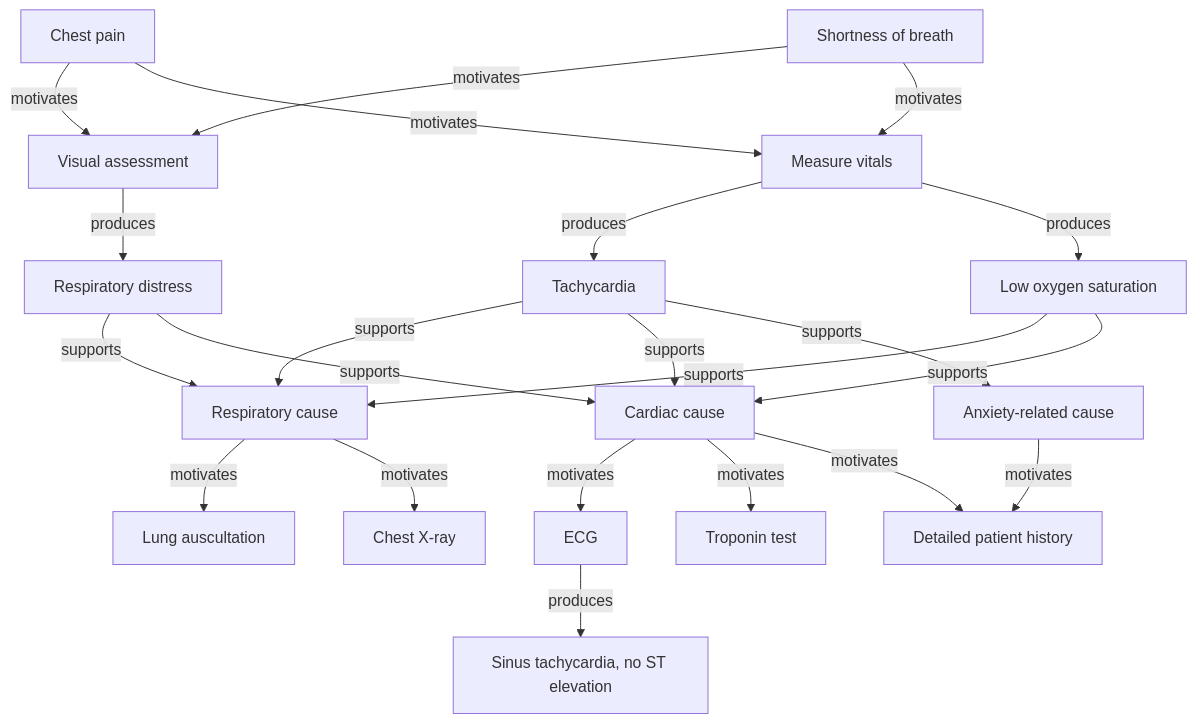
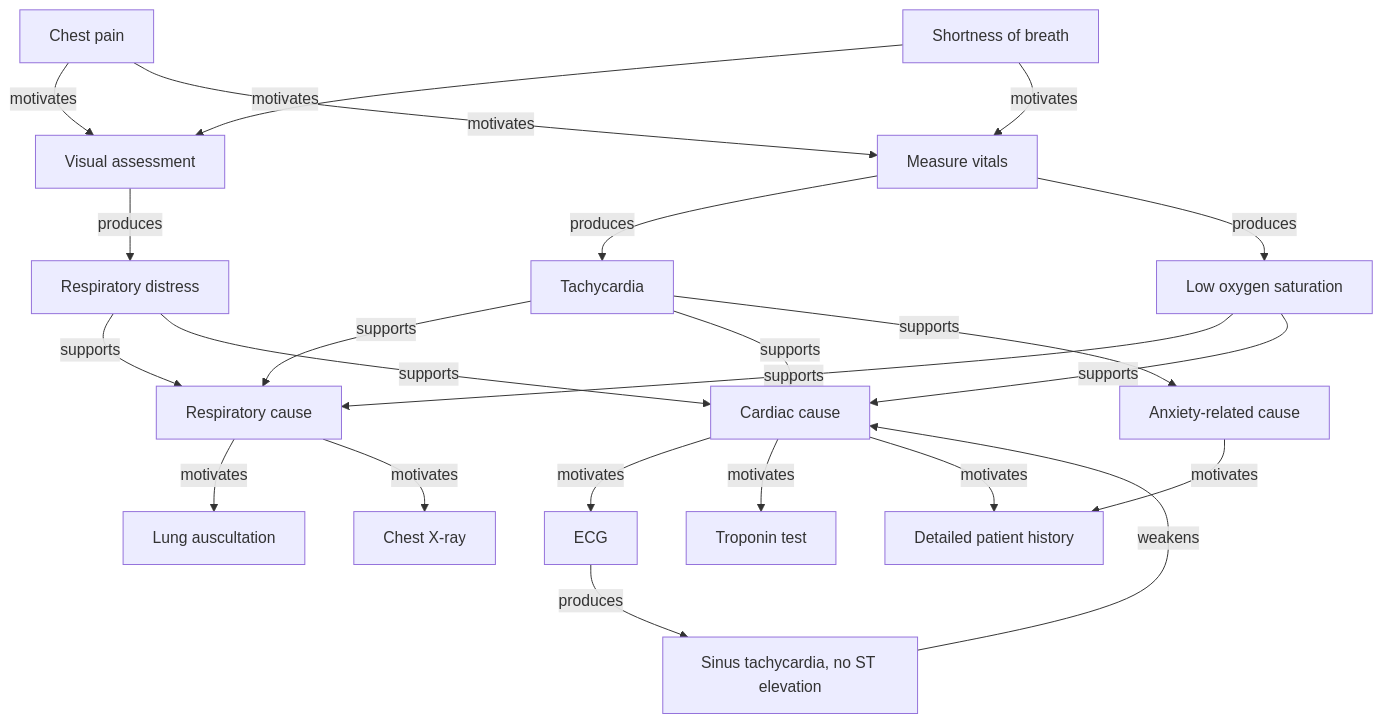
Before and after one commit to kahunacohen/why: the diagram in diagrams/medical.mmd, drawn with Mermaid.

```diff
--- a/diagrams/medical.mmd
+++ b/diagrams/medical.mmd
@@ -1,63 +1,64 @@
 flowchart TD
 
 %% Initital complaints
 C1["Chest pain"]
 C2["Shortness of breath"]
   
 
 %% Investigative actions"]
 A1["Visual assessment"]
 A2["Measure vitals"]
 
 
 %% Initial complaints motivate...
 C1 -->|motivates| A1
 C2 -->|motivates| A1
 C1 -->|motivates| A2
 C2 -->|motivates| A2
 
 %% Observations
 O1["Respiratory distress"]
 O2["Tachycardia"]
 O3["Low oxygen saturation"]
   
 
 %% Measuring vitals produces observations
 A1 -->|produces| O1
 A2 -->|produces| O2
 A2 -->|produces| O3
 
 %% Hypotheses
 H1["Respiratory cause"]
 H2["Cardiac cause"]
 H3["Anxiety-related cause"]
 
 O1 -->|supports| H1
 O1 -->|supports| H2
 
 O2 -->|supports| H1
 O2 -->|supports| H2
 O2 -->|supports| H3
 
 O3 -->|supports| H1
 O3 -->|supports| H2
 
 A5["Lung auscultation"]
 A6["Chest X-ray"]
 H1 --> |motivates| A5
 H1 --> |motivates| A6
   
 A3["ECG"]
 A4["Troponin test"]
 
 H2 --> |motivates| A3
 H2 --> |motivates| A4
 
 A7["Detailed patient history"]
 H3 --> |motivates| A7
 H2 --> |motivates| A7
 
 %% What the last test results produce.
 %% EEG
 O4["Sinus tachycardia, no ST elevation"]
 A3 --> |produces| O4
+O4 --weakens--> H2
```
